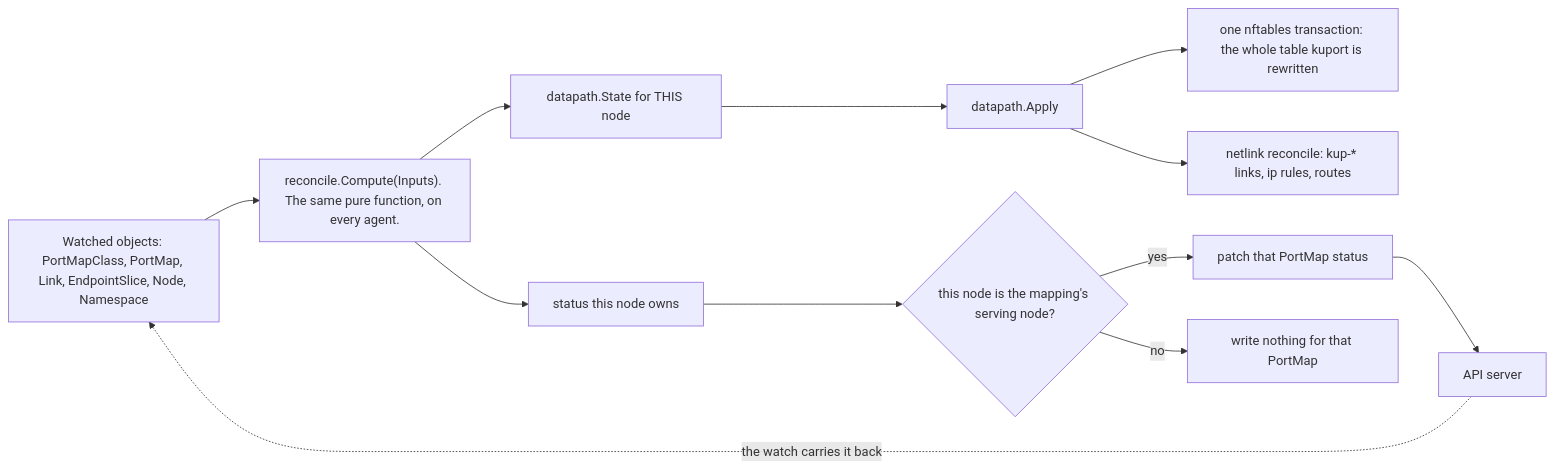
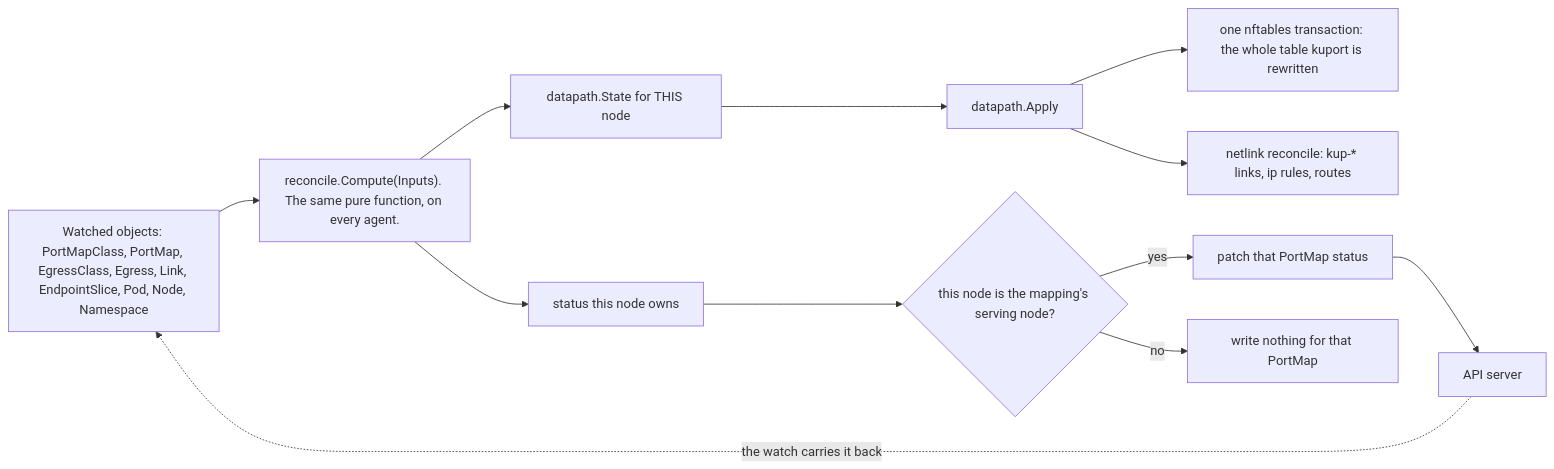
The first of 2 diagrams in docs/architecture.md (walzen-group/kuport), drawn with Mermaid before and after one commit. The commit also changed other lines of this file and 10 other files, not shown here.

````diff
--- a/docs/architecture.md
+++ b/docs/architecture.md
@@ -16,14 +20,14 @@
 ```mermaid
 flowchart LR
-    W["Watched objects: PortMapClass, PortMap, Link, EndpointSlice, Node, Namespace"] --> C["reconcile.Compute(Inputs). The same pure function, on every agent."]
+    W["Watched objects: PortMapClass, PortMap, EgressClass, Egress, Link, EndpointSlice, Pod, Node, Namespace"] --> C["reconcile.Compute(Inputs). The same pure function, on every agent."]
     C --> ST["datapath.State for THIS node"]
     C --> SU["status this node owns"]
     ST --> AP["datapath.Apply"]
     AP --> NFT["one nftables transaction: the whole table kuport is rewritten"]
     AP --> NL["netlink reconcile: kup-* links, ip rules, routes"]
     SU --> OWN{"this node is the mapping's serving node?"}
     OWN -- yes --> PW["patch that PortMap status"]
     OWN -- no --> SKIP["write nothing for that PortMap"]
     PW --> API["API server"]
     API -. "the watch carries it back" .-> W
 ```
````
